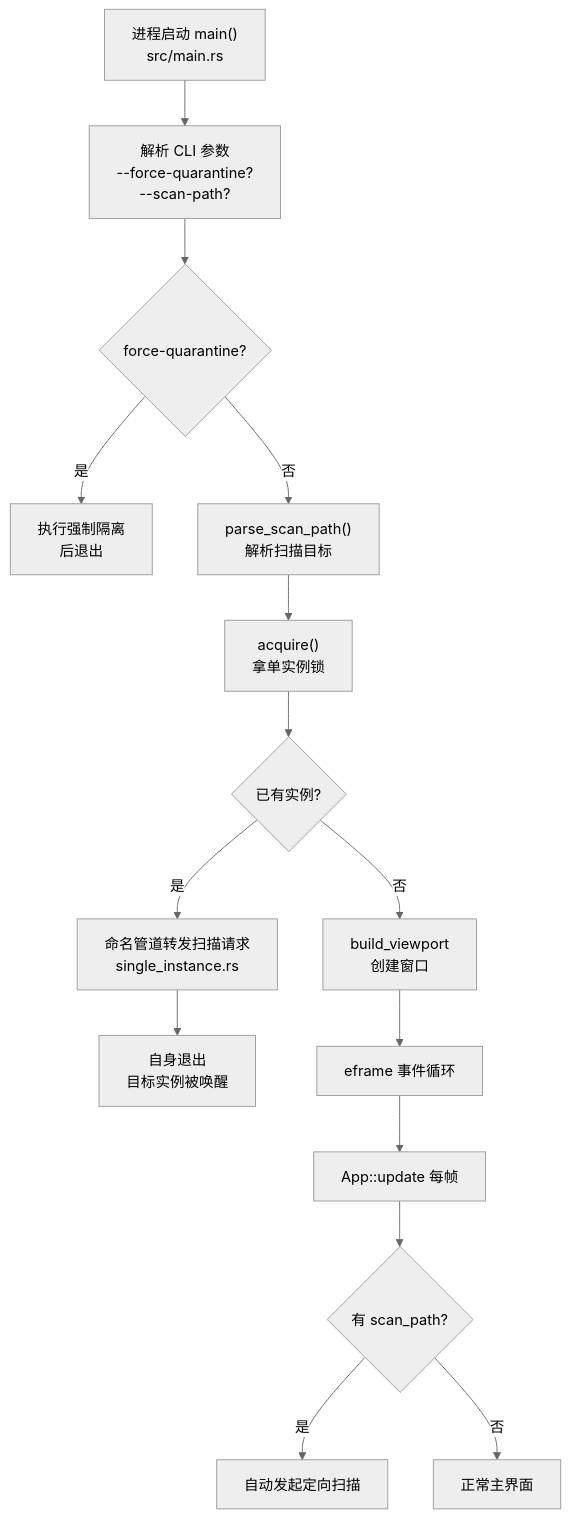
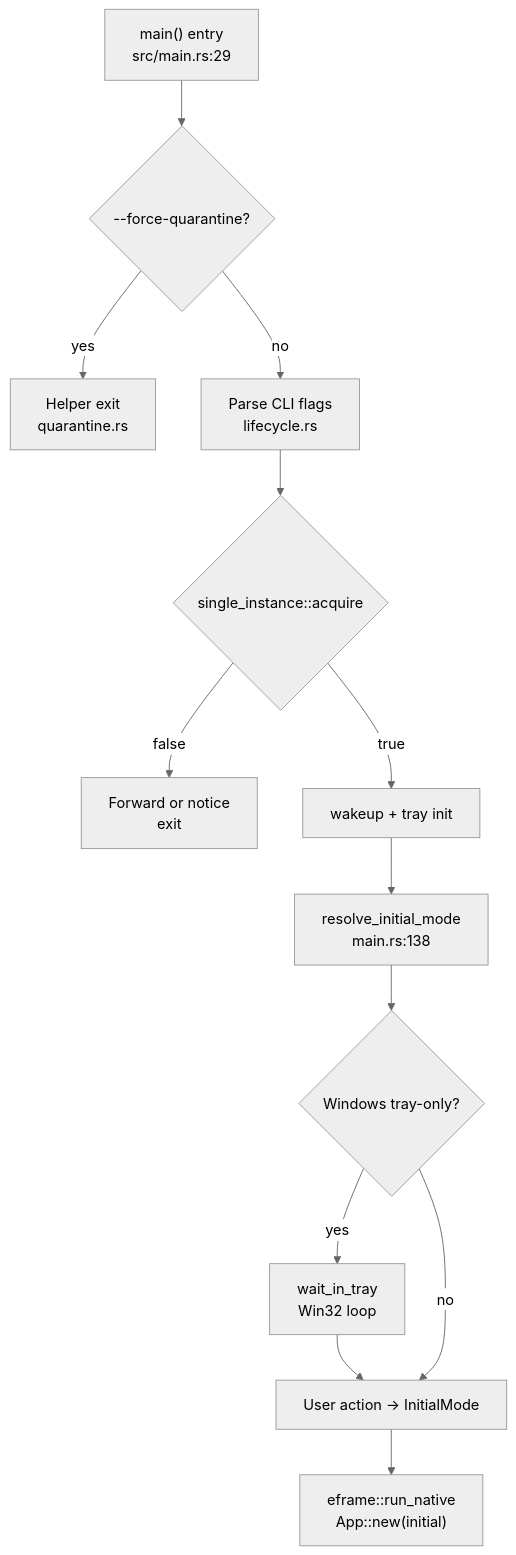
Before and after one commit to sopaco/CLV3000: the diagram in .terrain/human/4.Deep-Exploration/lifecycle.md, drawn with Mermaid (neutral theme). The commit also changed other lines of this file and 14 other files, not shown here.

````diff
--- a/.terrain/human/4.Deep-Exploration/lifecycle.md
+++ b/.terrain/human/4.Deep-Exploration/lifecycle.md
@@ -24,17 +48,15 @@
 ```mermaid
 flowchart TD
-    A["进程启动 main()<br/>src/main.rs"] --> B["解析 CLI 参数<br/>--force-quarantine?<br/>--scan-path?"]
-    B --> C{"force-quarantine?"}
-    C -- 是 --> D["执行强制隔离<br/>后退出"]
-    C -- 否 --> E["parse_scan_path()<br/>解析扫描目标"]
-    E --> F["acquire()<br/>拿单实例锁"]
-    F --> G{"已有实例?"}
-    G -- 是 --> H["命名管道转发扫描请求<br/>single_instance.rs"]
-    H --> I["自身退出<br/>目标实例被唤醒"]
-    G -- 否 --> J["build_viewport<br/>创建窗口"]
-    J --> K["eframe 事件循环"]
-    K --> L["App::update 每帧"]
-    L --> M{"有 scan_path?"}
-    M -- 是 --> N["自动发起定向扫描"]
-    M -- 否 --> O["正常主界面"]
+    A["main() entry<br/>src/main.rs:29"] --> B{"--force-quarantine?"}
+    B -->|yes| C["Helper exit<br/>quarantine.rs"]
+    B -->|no| D["Parse CLI flags<br/>lifecycle.rs"]
+    D --> E{"single_instance::acquire"}
+    E -->|false| F["Forward or notice<br/>exit"]
+    E -->|true| G["wakeup + tray init"]
+    G --> H["resolve_initial_mode<br/>main.rs:138"]
+    H --> I{"Windows tray-only?"}
+    I -->|yes| J["wait_in_tray<br/>Win32 loop"]
+    J --> K["User action → InitialMode"]
+    I -->|no| K
+    K --> L["eframe::run_native<br/>App::new(initial)"]
 ```
````
